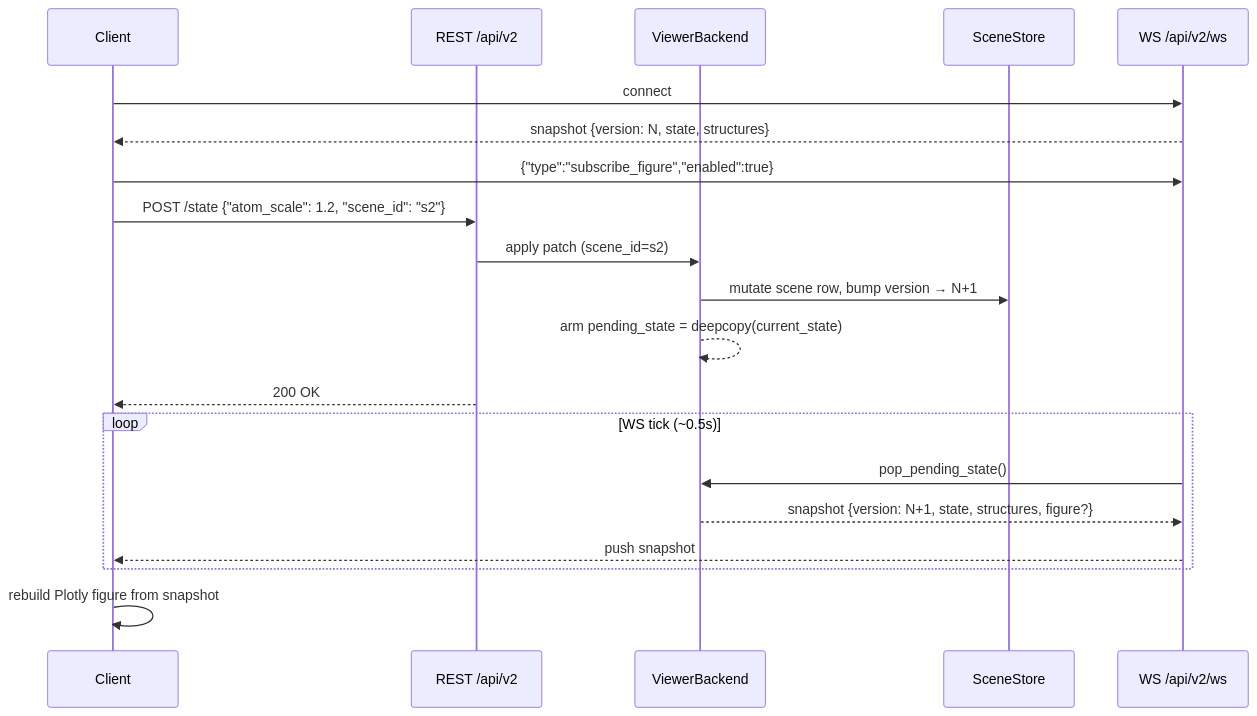
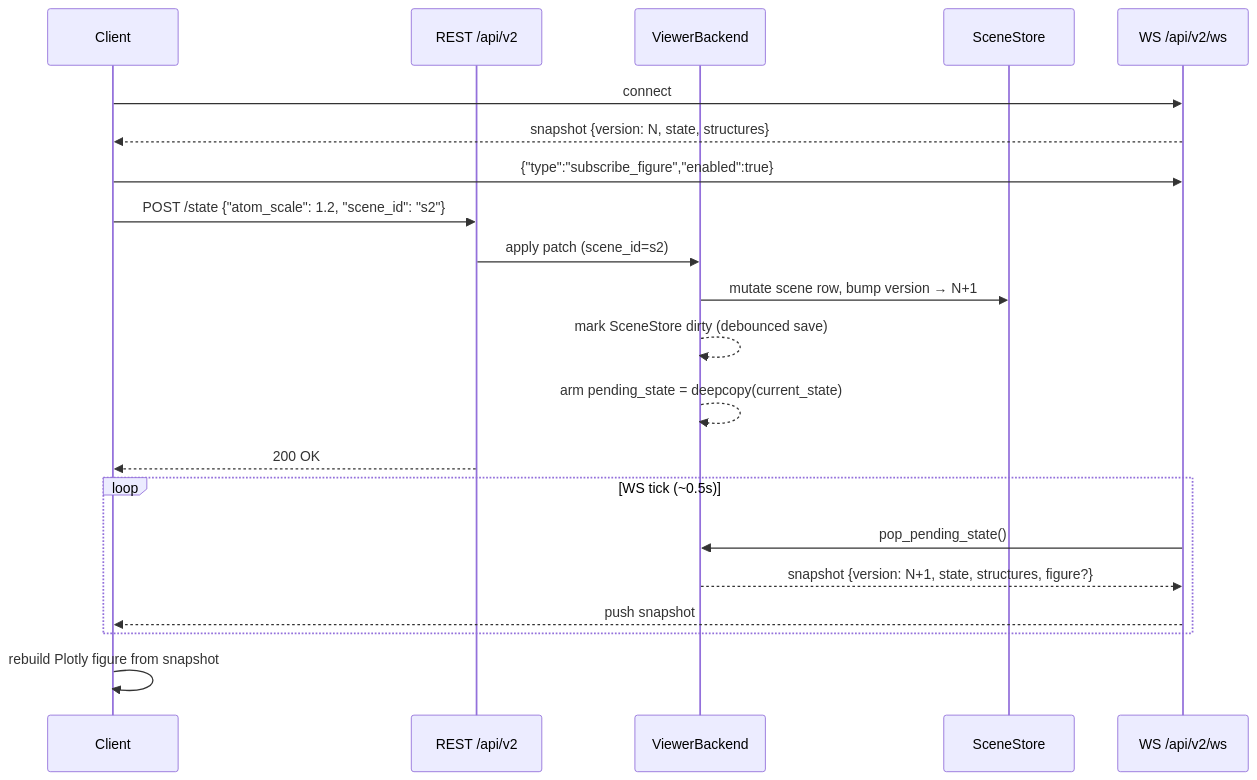
One commit to SchrodingersCattt/MatterVis changed the second of 3 diagrams in agents/dash_service.md. Above: the diagram before and after it, drawn with Mermaid. The commit also changed other lines of this file and 26 other files, not shown here.

````diff
--- a/agents/dash_service.md
+++ b/agents/dash_service.md
@@ -73,26 +78,27 @@
 ```mermaid
 sequenceDiagram
     participant C as Client
     participant API as REST /api/v2
     participant B as ViewerBackend
     participant S as SceneStore
     participant W as WS /api/v2/ws
 
     C->>W: connect
     W-->>C: snapshot {version: N, state, structures}
     C->>W: {"type":"subscribe_figure","enabled":true}
 
     C->>API: POST /state {"atom_scale": 1.2, "scene_id": "s2"}
     API->>B: apply patch (scene_id=s2)
     B->>S: mutate scene row, bump version → N+1
+    B-->>B: mark SceneStore dirty (debounced save)
     B-->>B: arm pending_state = deepcopy(current_state)
     API-->>C: 200 OK
 
     loop WS tick (~0.5s)
         W->>B: pop_pending_state()
         B-->>W: snapshot {version: N+1, state, structures, figure?}
         W-->>C: push snapshot
     end
 
     C->>C: rebuild Plotly figure from snapshot
 ```
````
